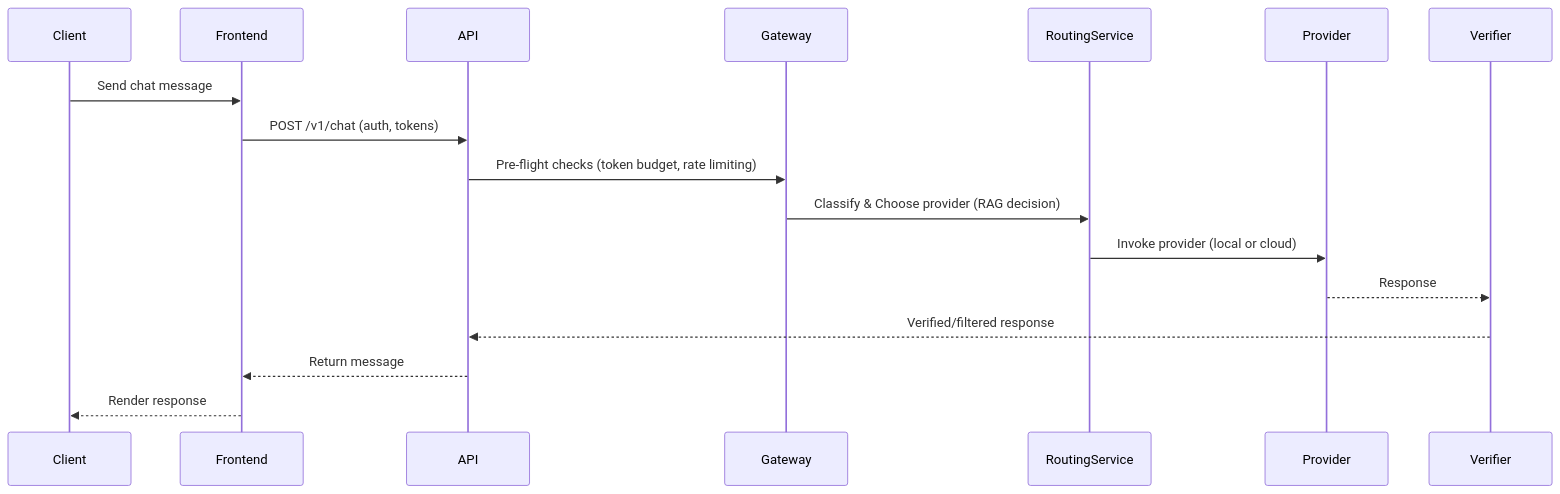
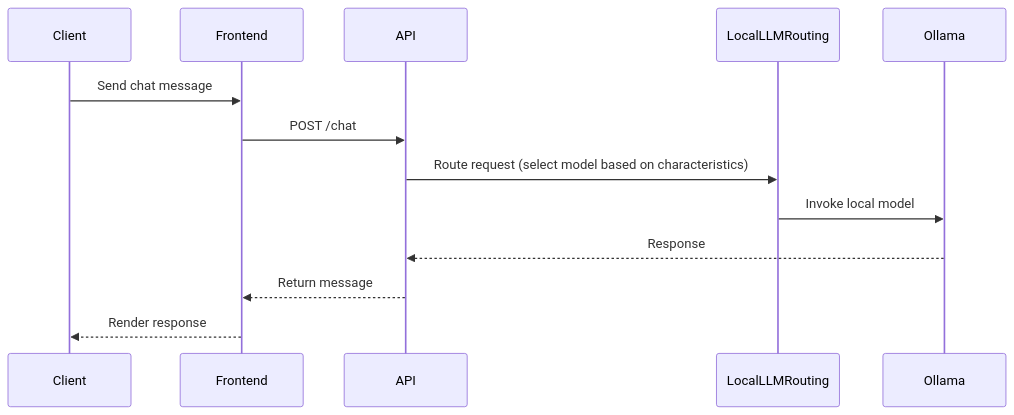
One commit to fuaadabdullah/forgemono changed the diagram in apps/goblin-assistant/docs/SEQUENCE_DIAGRAM.md. Above: the diagram before and after it, drawn with Mermaid. The commit also changed other lines of this file and 1690 other files, not shown here.

Commit message:
feat: RAG pipeline sandbox runner support router provider UI fixes

````diff
--- a/apps/goblin-assistant/docs/SEQUENCE_DIAGRAM.md
+++ b/apps/goblin-assistant/docs/SEQUENCE_DIAGRAM.md
@@ -9,20 +9,16 @@
 ```mermaid
 sequenceDiagram
   participant Client
   participant Frontend
   participant API
-  participant Gateway
-  participant Router as RoutingService
-  participant Provider
-  participant Verifier
+  participant Router as LocalLLMRouting
+  participant Ollama
 
   Client->>Frontend: Send chat message
-  Frontend->>API: POST /v1/chat (auth, tokens)
-  API->>Gateway: Pre-flight checks (token budget, rate limiting)
-  Gateway->>Router: Classify & Choose provider (RAG decision)
-  Router->>Provider: Invoke provider (local or cloud)
-  Provider-->>Verifier: Response
-  Verifier-->>API: Verified/filtered response
+  Frontend->>API: POST /chat
+  API->>Router: Route request (select model based on characteristics)
+  Router->>Ollama: Invoke local model
+  Ollama-->>API: Response
   API-->>Frontend: Return message
   Frontend-->>Client: Render response
 ```
````
